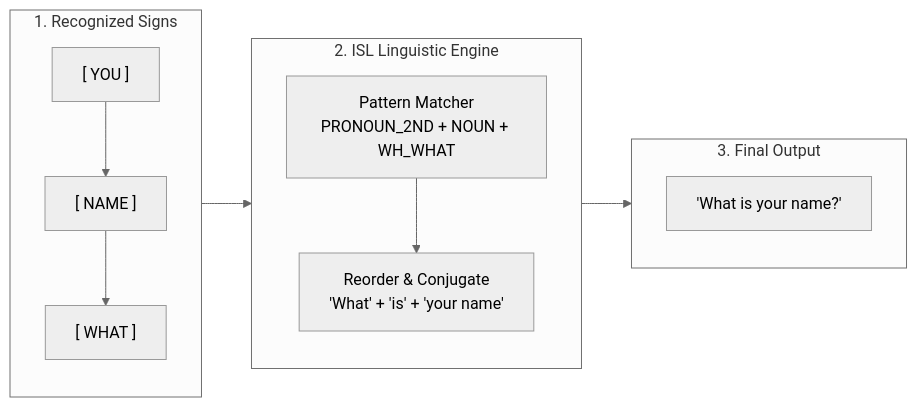
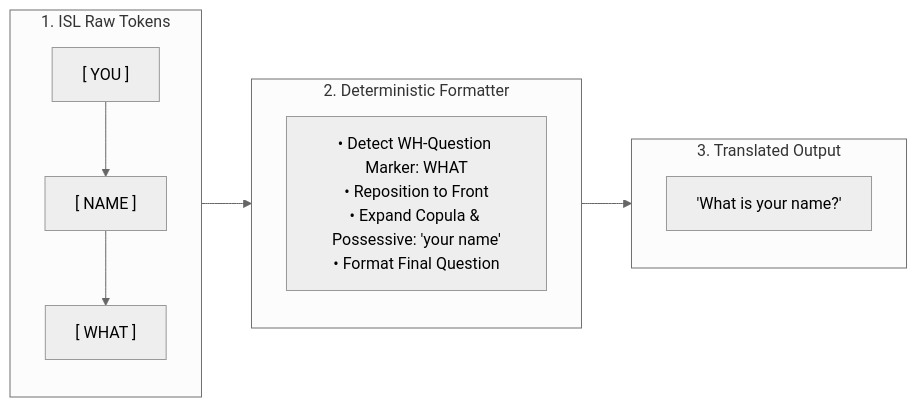
The fourth of 5 diagrams in README.md (vickysahuhere/signbridge), drawn with Mermaid (neutral theme) before and after one commit. The commit also changed other lines of this file and 12 other files, not shown here.

````diff
--- a/README.md
+++ b/README.md
@@ -206,18 +227,16 @@
 ```mermaid
 flowchart LR
-    subgraph RawGlosses["1. Recognized Signs"]
-        G1["[ YOU ]"] --> G2["[ NAME ]"] --> G3["[ WHAT ]"]
+    subgraph DetectedTokens["1. ISL Raw Tokens"]
+        T1["[ YOU ]"] --> T2["[ NAME ]"] --> T3["[ WHAT ]"]
     end
 
-    subgraph Formatter["2. ISL Linguistic Engine"]
-        T["Pattern Matcher\nPRONOUN_2ND + NOUN + WH_WHAT"]
-        T --> R["Reorder & Conjugate\n'What' + 'is' + 'your name'"]
+    subgraph LinguisticParser["2. Deterministic Formatter"]
+        Rules["• Detect WH-Question Marker: WHAT\n• Reposition to Front\n• Expand Copula & Possessive: 'your name'\n• Format Final Question"]
     end
 
-    subgraph English["3. Final Output"]
-        O["'What is your name?'"]
+    subgraph EnglishSentence["3. Translated Output"]
+        Out["'What is your name?'"]
     end
 
-    RawGlosses --> Formatter
-    Formatter --> English
+    DetectedTokens --> LinguisticParser --> EnglishSentence
 ```
````
